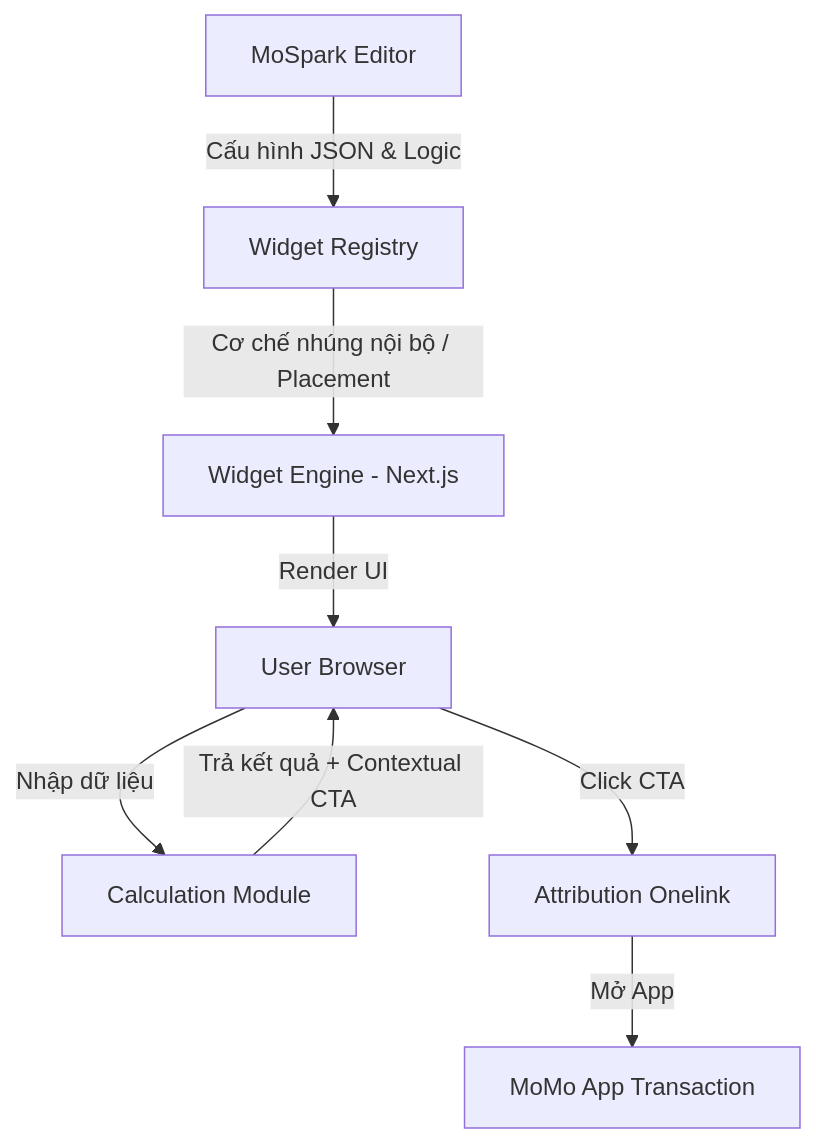
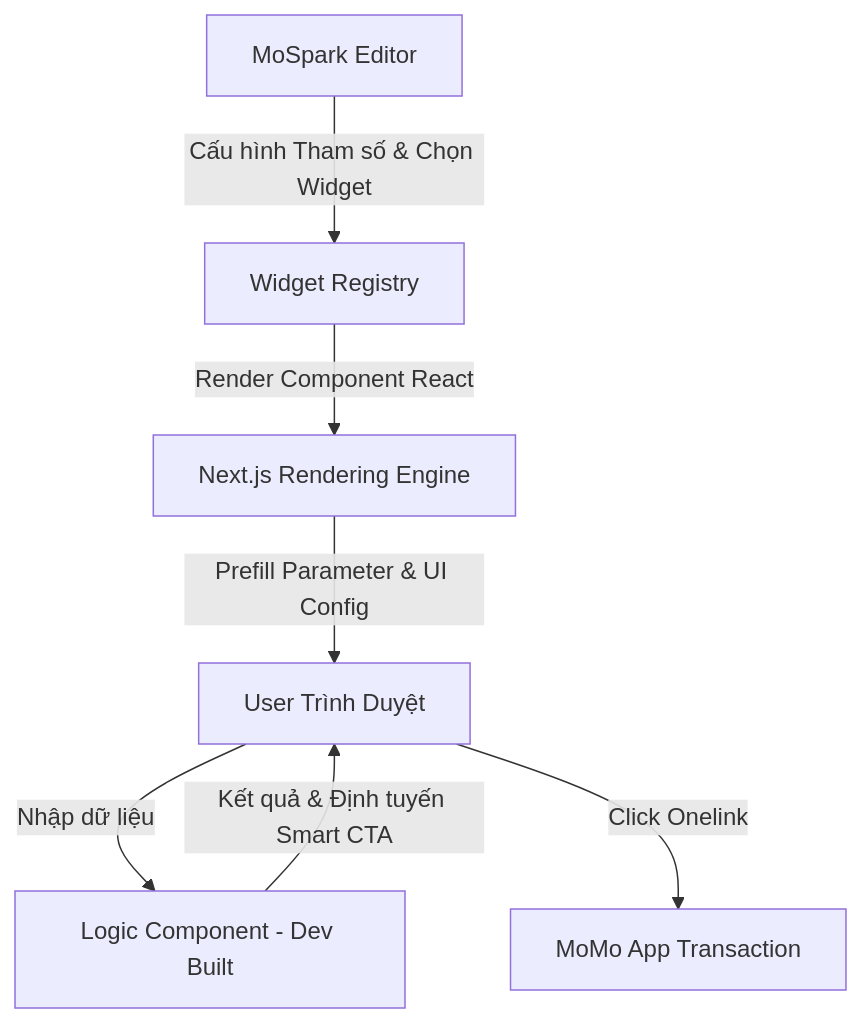
Before and after one commit to vanhien26/hienho-knowledgebase: the diagram in 04_MOSPARK_PLATFORM/mospark_widget_store.md, drawn with Mermaid. The commit also changed other lines of this file and 3 other files, not shown here.

Commit message:
docs: refactor widget store to PLG core and expand merchant pSEO with POI location strategy

````diff
--- a/04_MOSPARK_PLATFORM/mospark_widget_store.md
+++ b/04_MOSPARK_PLATFORM/mospark_widget_store.md
@@ -117,9 +93,9 @@
 ```mermaid
 flowchart TD
-    CMS[MoSpark Editor] -->|Cấu hình JSON & Logic| Store[Widget Registry]
-    Store -->|Cơ chế nhúng nội bộ / Placement| Engine[Widget Engine - Next.js]
-    Engine -->|Render UI| User[User Browser]
-    User -->|Nhập dữ liệu| Calc[Calculation Module]
-    Calc -->|Trả kết quả + Contextual CTA| User
-    User -->|Click CTA| Onelink[Attribution Onelink] -->|Mở App| MoMo[MoMo App Transaction]
+    CMS[MoSpark Editor] -->|Cấu hình Tham số & Chọn Widget| Registry[Widget Registry]
+    Registry -->|Render Component React| Engine[Next.js Rendering Engine]
+    Engine -->|Prefill Parameter & UI Config| UserBrowser[User Trình Duyệt]
+    UserBrowser -->|Nhập dữ liệu| WidgetLogic[Logic Component - Dev Built]
+    WidgetLogic -->|Kết quả & Định tuyến Smart CTA| UserBrowser
+    UserBrowser -->|Click Onelink| MoMoApp[MoMo App Transaction]
 ```
````
